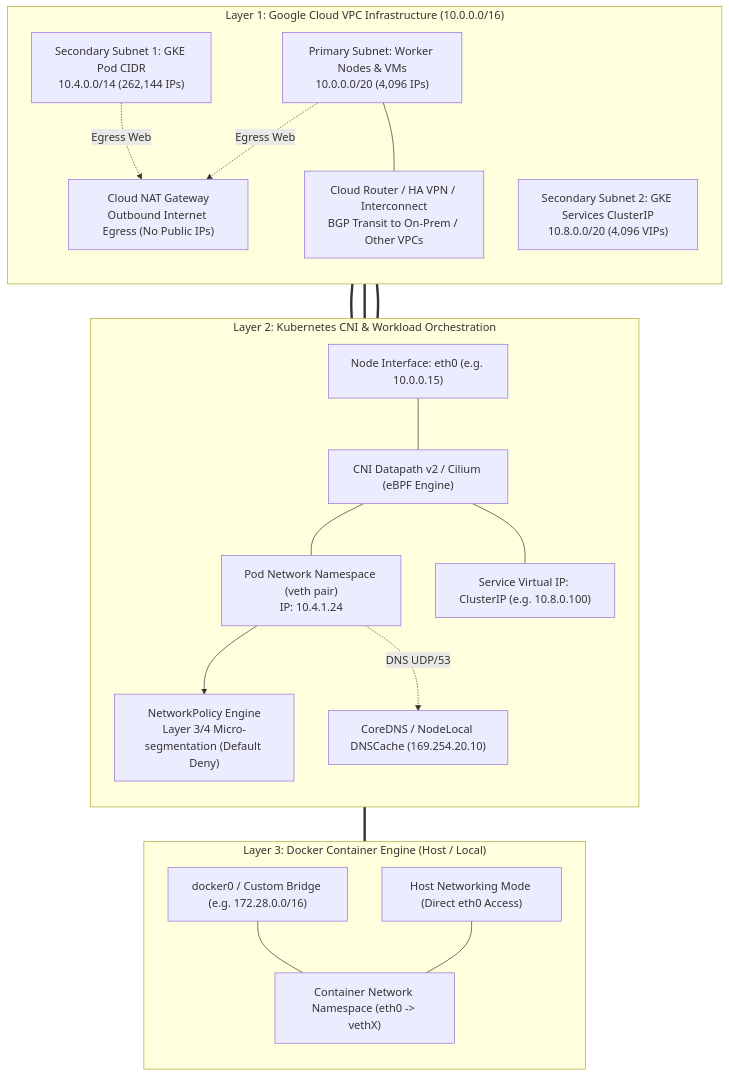
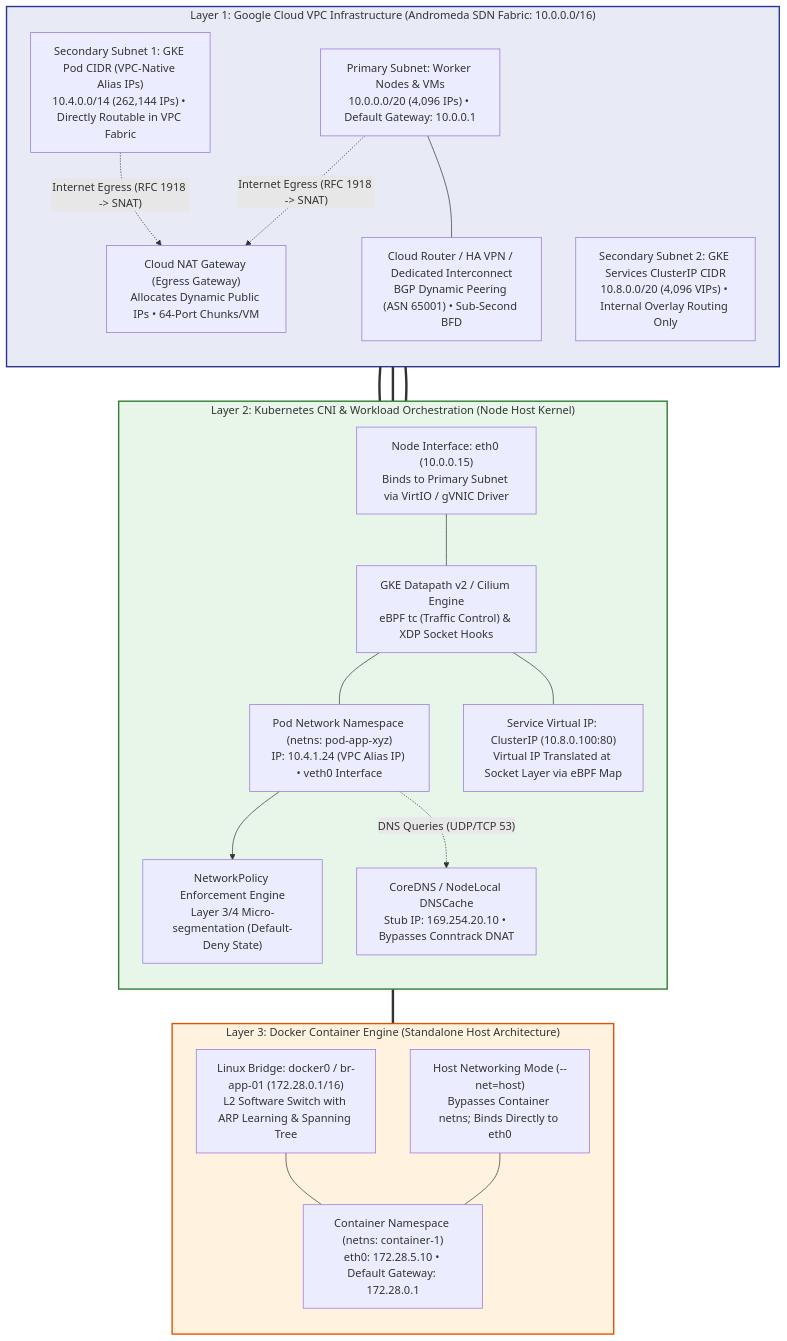
One commit to Chief-Strategist-J/gcd changed the first of 15 diagrams in kubernetes/networking-shell-command.md. Above: the diagram before and after it, drawn with Mermaid. The commit also changed other lines of this file, not shown here.

Commit message:
docs(networking): enrich all diagrams with step-by-step internal packet execution mechanics and detailed annotations

````diff
--- a/kubernetes/networking-shell-command.md
+++ b/kubernetes/networking-shell-command.md
@@ -11,46 +11,50 @@
 ```mermaid
 graph TB
-    subgraph VPC["Layer 1: Google Cloud VPC Infrastructure (10.0.0.0/16)"]
+    subgraph VPC["Layer 1: Google Cloud VPC Infrastructure (Andromeda SDN Fabric: 10.0.0.0/16)"]
         direction TB
-        SubnetNode["Primary Subnet: Worker Nodes & VMs<br/>10.0.0.0/20 (4,096 IPs)"]
-        SubnetPod["Secondary Subnet 1: GKE Pod CIDR<br/>10.4.0.0/14 (262,144 IPs)"]
-        SubnetSvc["Secondary Subnet 2: GKE Services ClusterIP<br/>10.8.0.0/20 (4,096 VIPs)"]
-        CloudNAT["Cloud NAT Gateway<br/>Outbound Internet Egress (No Public IPs)"]
-        TransitRouter["Cloud Router / HA VPN / Interconnect<br/>BGP Transit to On-Prem / Other VPCs"]
+        SubnetNode["Primary Subnet: Worker Nodes & VMs<br/>10.0.0.0/20 (4,096 IPs) • Default Gateway: 10.0.0.1"]
+        SubnetPod["Secondary Subnet 1: GKE Pod CIDR (VPC-Native Alias IPs)<br/>10.4.0.0/14 (262,144 IPs) • Directly Routable in VPC Fabric"]
+        SubnetSvc["Secondary Subnet 2: GKE Services ClusterIP CIDR<br/>10.8.0.0/20 (4,096 VIPs) • Internal Overlay Routing Only"]
+        CloudNAT["Cloud NAT Gateway (Egress Gateway)<br/>Allocates Dynamic Public IPs • 64-Port Chunks/VM"]
+        TransitRouter["Cloud Router / HA VPN / Dedicated Interconnect<br/>BGP Dynamic Peering (ASN 65001) • Sub-Second BFD"]
         
-        SubnetNode -. "Egress Web" .-> CloudNAT
-        SubnetPod -. "Egress Web" .-> CloudNAT
+        SubnetNode -. "Internet Egress (RFC 1918 -> SNAT)" .-> CloudNAT
+        SubnetPod -. "Internet Egress (RFC 1918 -> SNAT)" .-> CloudNAT
         SubnetNode --- TransitRouter
     end
 
-    subgraph K8S["Layer 2: Kubernetes CNI & Workload Orchestration"]
+    subgraph K8S["Layer 2: Kubernetes CNI & Workload Orchestration (Node Host Kernel)"]
         direction TB
-        NodeNIC["Node Interface: eth0 (e.g. 10.0.0.15)"]
-        CNI["CNI Datapath v2 / Cilium (eBPF Engine)"]
-        CoreDNS["CoreDNS / NodeLocal DNSCache (169.254.20.10)"]
-        NetPol["NetworkPolicy Engine<br/>Layer 3/4 Micro-segmentation (Default Deny)"]
-        SvcVIP["Service Virtual IP: ClusterIP (e.g. 10.8.0.100)"]
-        PodNet["Pod Network Namespace (veth pair)<br/>IP: 10.4.1.24"]
+        NodeNIC["Node Interface: eth0 (10.0.0.15)<br/>Binds to Primary Subnet via VirtIO / gVNIC Driver"]
+        CNI["GKE Datapath v2 / Cilium Engine<br/>eBPF tc (Traffic Control) & XDP Socket Hooks"]
+        CoreDNS["CoreDNS / NodeLocal DNSCache<br/>Stub IP: 169.254.20.10 • Bypasses Conntrack DNAT"]
+        NetPol["NetworkPolicy Enforcement Engine<br/>Layer 3/4 Micro-segmentation (Default-Deny State)"]
+        SvcVIP["Service Virtual IP: ClusterIP (10.8.0.100:80)<br/>Virtual IP Translated at Socket Layer via eBPF Map"]
+        PodNet["Pod Network Namespace (netns: pod-app-xyz)<br/>IP: 10.4.1.24 (VPC Alias IP) • veth0 Interface"]
 
         NodeNIC --- CNI
         CNI --- PodNet
         CNI --- SvcVIP
         PodNet --> NetPol
-        PodNet -. "DNS UDP/53" .-> CoreDNS
+        PodNet -. "DNS Queries (UDP/TCP 53)" .-> CoreDNS
     end
 
-    subgraph DOCKER["Layer 3: Docker Container Engine (Host / Local)"]
+    subgraph DOCKER["Layer 3: Docker Container Engine (Standalone Host Architecture)"]
         direction TB
-        DockerBridge["docker0 / Custom Bridge (e.g. 172.28.0.0/16)"]
-        DockerHost["Host Networking Mode (Direct eth0 Access)"]
-        ContainerNS["Container Network Namespace (eth0 -> vethX)"]
+        DockerBridge["Linux Bridge: docker0 / br-app-01 (172.28.0.1/16)<br/>L2 Software Switch with ARP Learning & Spanning Tree"]
+        DockerHost["Host Networking Mode (--net=host)<br/>Bypasses Container netns; Binds Directly to eth0"]
+        ContainerNS["Container Namespace (netns: container-1)<br/>eth0: 172.28.5.10 • Default Gateway: 172.28.0.1"]
 
         DockerBridge --- ContainerNS
         DockerHost --- ContainerNS
     end
 
     SubnetNode === NodeNIC
     SubnetPod === PodNet
     SubnetSvc === SvcVIP
     NodeNIC === DockerHost
+
+    style VPC fill:#e8eaf6,stroke:#283593,stroke-width:2px
+    style K8S fill:#e8f5e9,stroke:#2e7d32,stroke-width:2px
+    style DOCKER fill:#fff3e0,stroke:#e65100,stroke-width:2px
 ```
````
